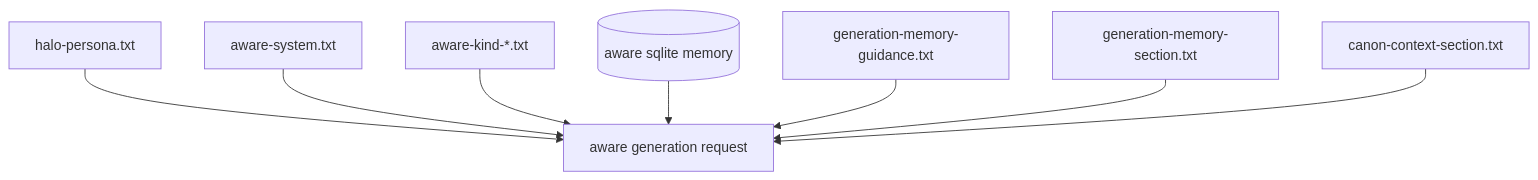
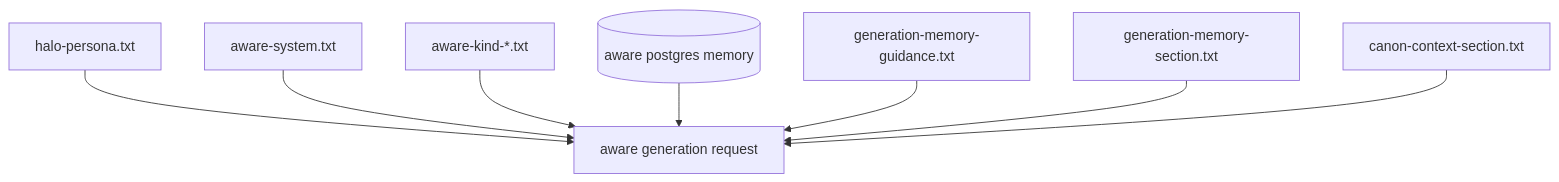
Before and after one commit to miPwn/mercury-tts: the third of 4 diagrams in prompts/halo/prompts-guide.md, drawn with Mermaid. The commit also changed other lines of this file and 21 other files, not shown here.

````diff
--- a/prompts/halo/prompts-guide.md
+++ b/prompts/halo/prompts-guide.md
@@ -116,19 +116,19 @@
 ```mermaid
 flowchart TD
     Persona[halo-persona.txt]
     AwareSystem[aware-system.txt]
     AwareKinds[aware-kind-*.txt]
-    AwareStore[(aware sqlite memory)]
+    AwareStore[(aware postgres memory)]
     MemoryGuidance[generation-memory-guidance.txt]
     MemorySection[generation-memory-section.txt]
     CanonSection[canon-context-section.txt]
     AwareReq[aware generation request]
 
     Persona --> AwareReq
     AwareSystem --> AwareReq
     AwareKinds --> AwareReq
     AwareStore --> AwareReq
     MemoryGuidance --> AwareReq
     MemorySection --> AwareReq
     CanonSection --> AwareReq
 ```
````
